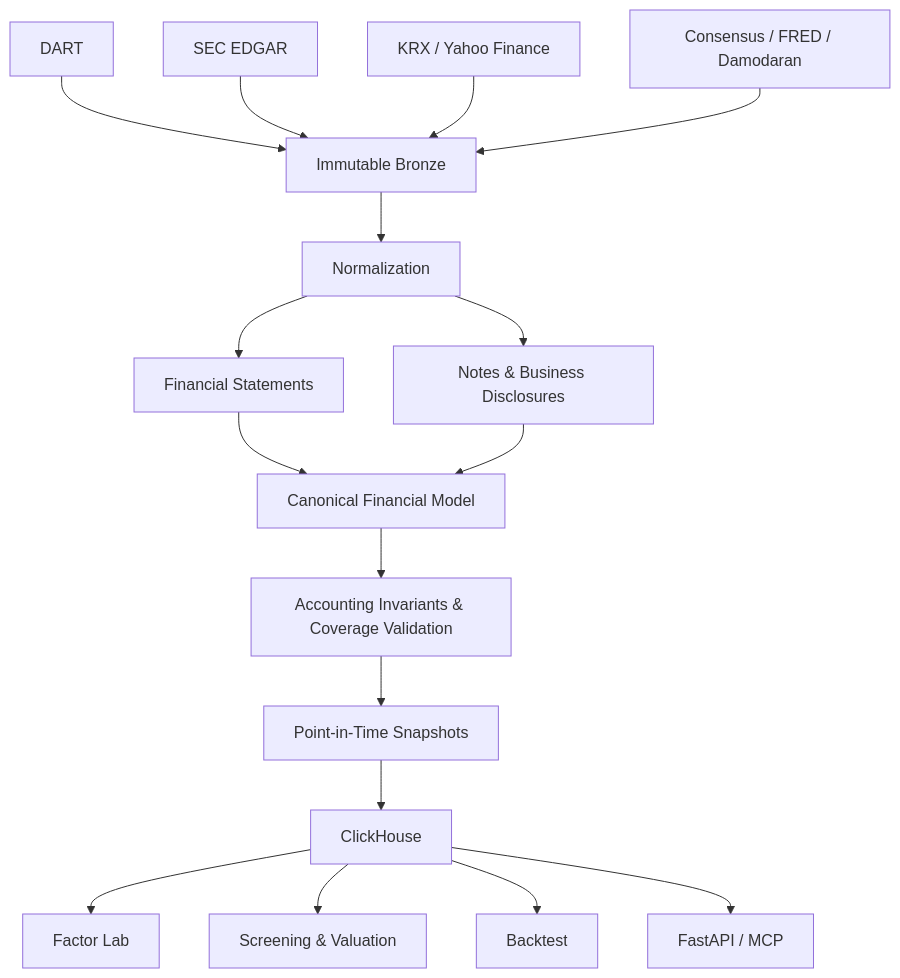
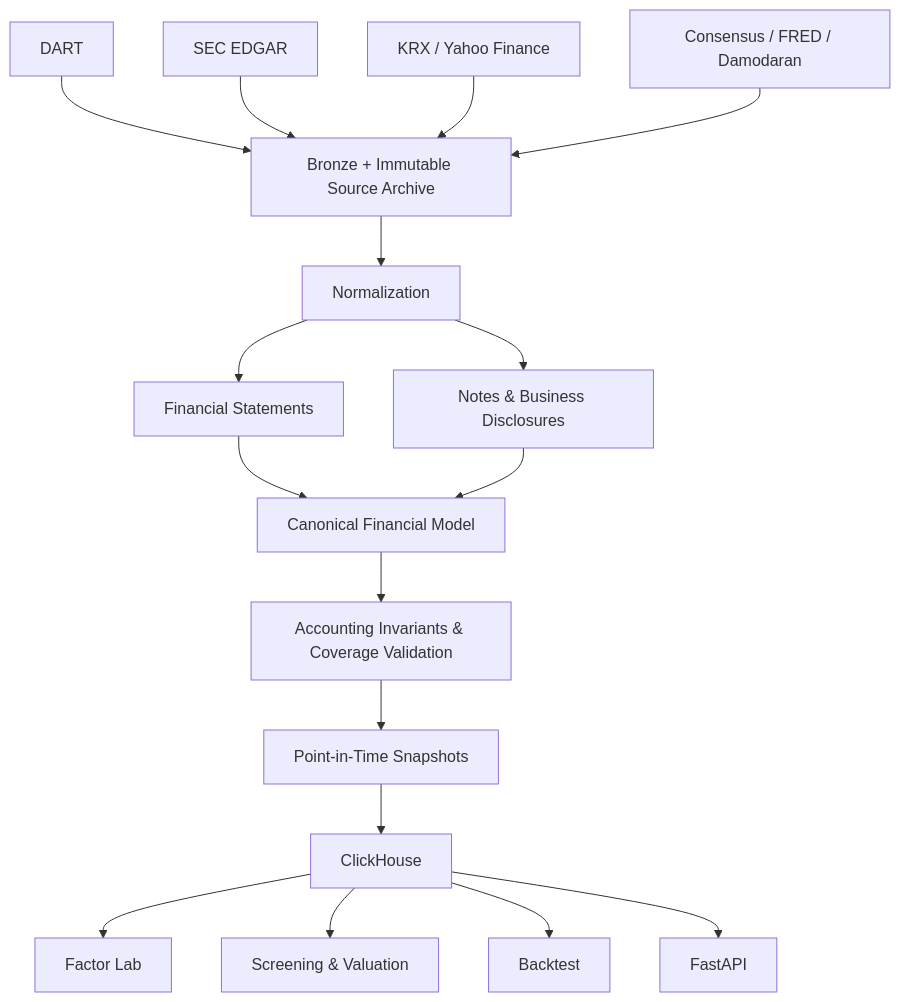
One commit to semtax33/arcana changed the diagram in README.md. Above: the diagram before and after it, drawn with Mermaid. The commit also changed other lines of this file, not shown here.

````diff
--- a/README.md
+++ b/README.md
@@ -12,21 +12,21 @@
 ```mermaid
 flowchart TB
-    DART["DART"] --> Bronze["Immutable Bronze"]
+    DART["DART"] --> Bronze["Bronze + Immutable Source Archive"]
     SEC["SEC EDGAR"] --> Bronze
     Market["KRX / Yahoo Finance"] --> Bronze
     External["Consensus / FRED / Damodaran"] --> Bronze
 
     Bronze --> Normalize["Normalization"]
     Normalize --> Statements["Financial Statements"]
     Normalize --> Notes["Notes & Business Disclosures"]
     Statements --> Canonical["Canonical Financial Model"]
     Notes --> Canonical
     Canonical --> Validate["Accounting Invariants & Coverage Validation"]
     Validate --> PIT["Point-in-Time Snapshots"]
     PIT --> ClickHouse["ClickHouse"]
 
     ClickHouse --> Factors["Factor Lab"]
     ClickHouse --> Screening["Screening & Valuation"]
     ClickHouse --> Backtest["Backtest"]
-    ClickHouse --> API["FastAPI / MCP"]
+    ClickHouse --> API["FastAPI"]
 ```
````
